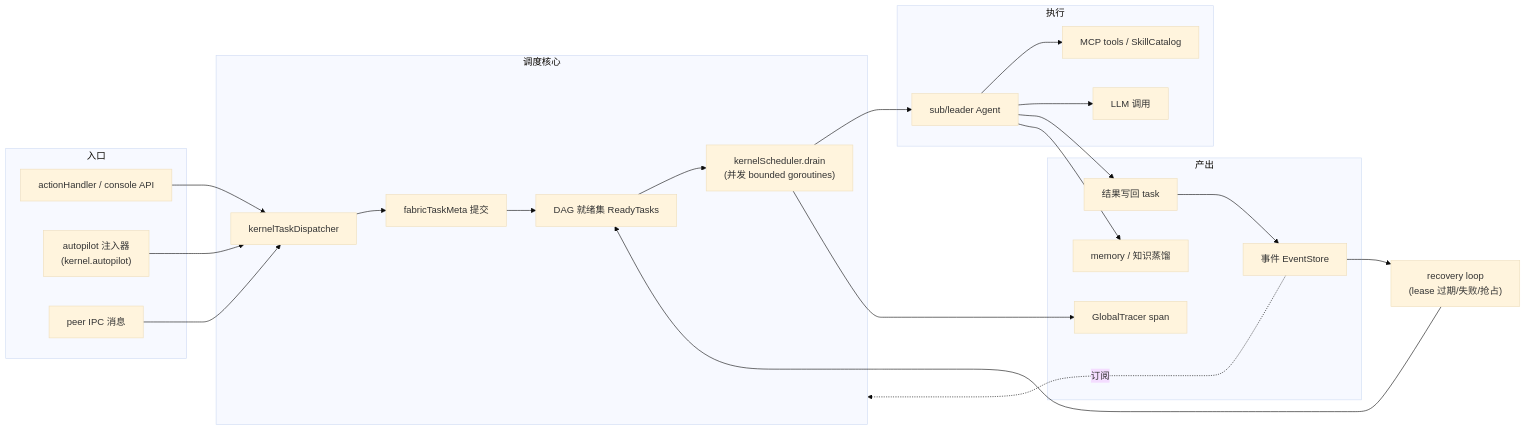
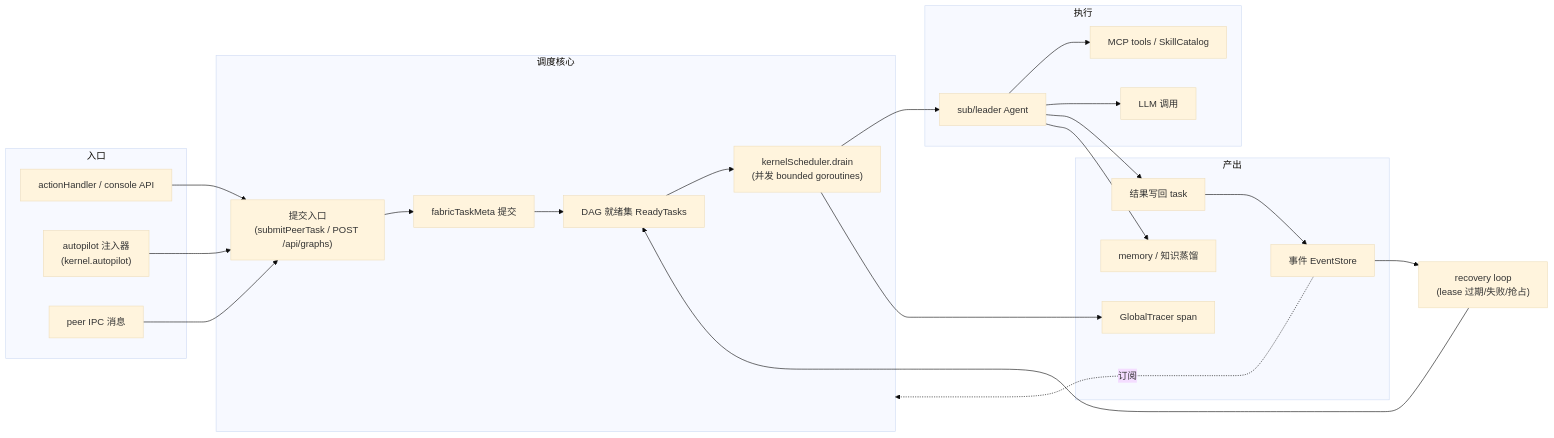
The second of 5 diagrams in docs/zh/architecture/ares-architecture.md (Timwood0x10/ARES), drawn with Mermaid (base theme) before and after one commit. The commit also changed other lines of this file and 25 other files, not shown here.

Commit message:
refactor(kernel, agentipc, docs): Remove the kernel-bridge dispatcher (which had no production callers); unify task submission via the HTTP path and kernelScheduler.

````diff
--- a/docs/zh/architecture/ares-architecture.md
+++ b/docs/zh/architecture/ares-architecture.md
@@ -71,44 +71,44 @@
 ```mermaid
 flowchart LR
     subgraph IN["入口"]
         API["actionHandler / console API"]
         AUTOP["autopilot 注入器<br/>(kernel.autopilot)"]
         IPCIN["peer IPC 消息"]
     end
 
     subgraph KERNEL["调度核心"]
-        DISP["kernelTaskDispatcher"]
+        DISP["提交入口<br/>(submitPeerTask / POST /api/graphs)"]
         DAG["DAG 就绪集 ReadyTasks"]
         SCH2["kernelScheduler.drain<br/>(并发 bounded goroutines)"]
         SUB["fabricTaskMeta 提交"]
     end
 
     subgraph EXEC["执行"]
         AG["sub/leader Agent"]
         TOOL["MCP tools / SkillCatalog"]
         LLM2["LLM 调用"]
     end
 
     subgraph OUT["产出"]
         RES["结果写回 task"]
         EVOUT["事件 EventStore"]
         TRACE["GlobalTracer span"]
         MEMOUT["memory / 知识蒸馏"]
     end
 
     API --> DISP
     AUTOP --> DISP
     IPCIN --> DISP
     DISP --> SUB --> DAG
     DAG --> SCH2
     SCH2 --> AG
     AG --> TOOL & LLM2
     AG --> RES
     RES --> EVOUT
     SCH2 --> TRACE
     AG --> MEMOUT
 
     EVOUT -. "订阅" .-> KERNEL
     EVOUT --> AR["recovery loop<br/>(lease 过期/失败/抢占)"]
     AR --> DAG
 ```
````
